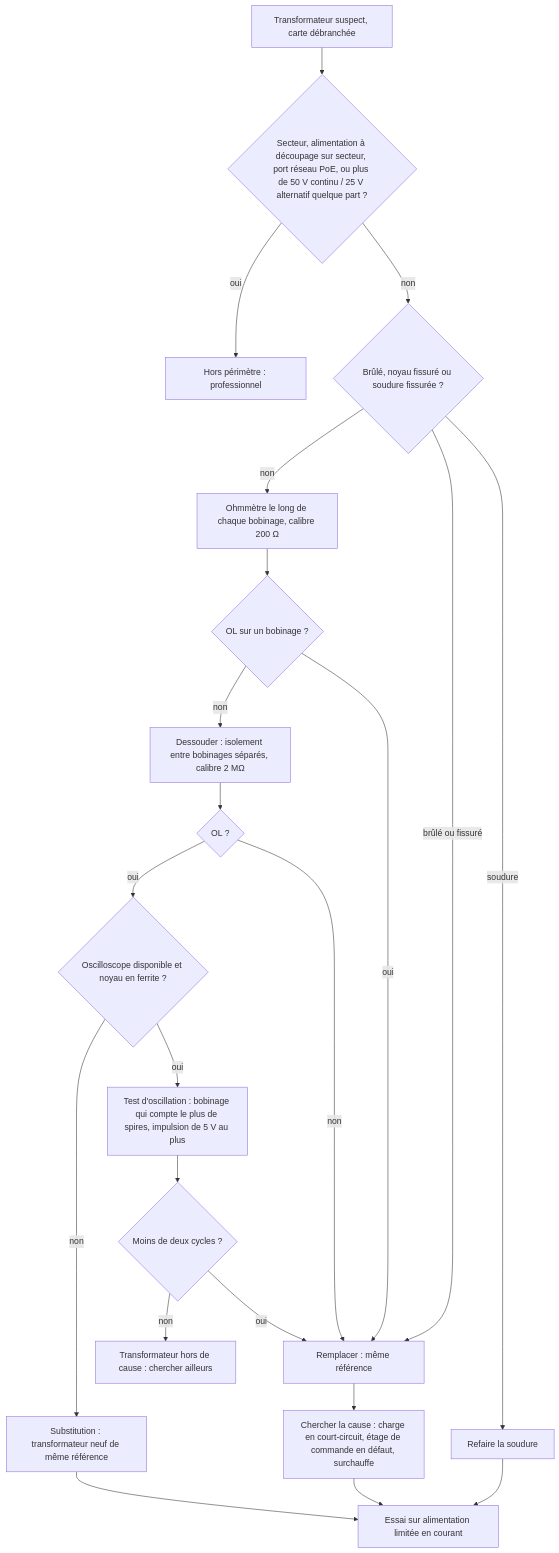
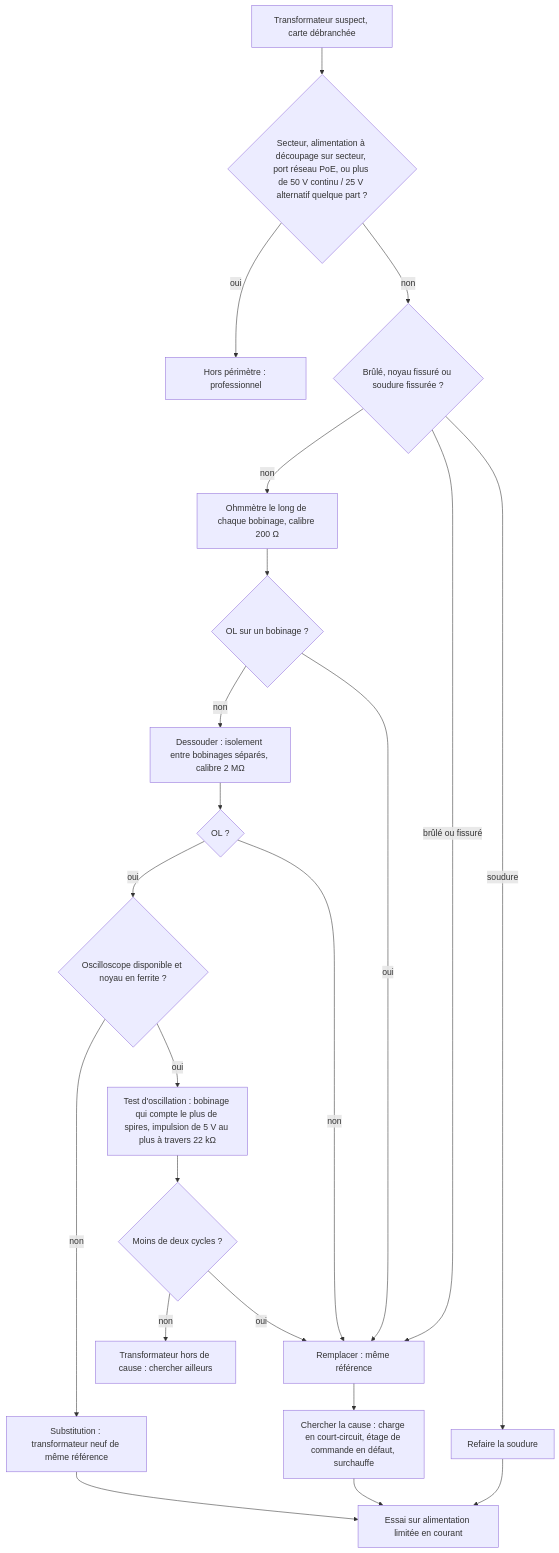
One commit to benoit-bremaud/ohm-sweet-ohm changed the diagram in troubleshooting/32_transformateur/README.md. Above: the diagram before and after it, drawn with Mermaid. The commit also changed other lines of this file and 4 other files, not shown here.

````diff
--- a/troubleshooting/32_transformateur/README.md
+++ b/troubleshooting/32_transformateur/README.md
@@ -151,24 +151,24 @@
 ```mermaid
 flowchart TD
   A[Transformateur suspect, carte débranchée] --> B{Secteur, alimentation à découpage sur secteur, port réseau PoE, ou plus de 50 V continu / 25 V alternatif quelque part ?}
   B -- oui --> C[Hors périmètre : professionnel]
   B -- non --> D{Brûlé, noyau fissuré ou soudure fissurée ?}
   D -- soudure --> E[Refaire la soudure]
   D -- brûlé ou fissuré --> R[Remplacer : même référence]
   D -- non --> F[Ohmmètre le long de chaque bobinage, calibre 200 Ω]
   F --> G{OL sur un bobinage ?}
   G -- oui --> R
   G -- non --> J[Dessouder : isolement entre bobinages séparés, calibre 2 MΩ]
   J --> K{OL ?}
   K -- non --> R
   K -- oui --> L{Oscilloscope disponible et noyau en ferrite ?}
   L -- non --> S[Substitution : transformateur neuf de même référence]
-  L -- oui --> M[Test d'oscillation : bobinage qui compte le plus de spires, impulsion de 5 V au plus]
+  L -- oui --> M[Test d'oscillation : bobinage qui compte le plus de spires, impulsion de 5 V au plus à travers 22 kΩ]
   M --> N{Moins de deux cycles ?}
   N -- oui --> R
   N -- non --> I[Transformateur hors de cause : chercher ailleurs]
   R --> P[Chercher la cause : charge en court-circuit, étage de commande en défaut, surchauffe]
   E --> Q[Essai sur alimentation limitée en courant]
   P --> Q
   S --> Q
 ```
````
